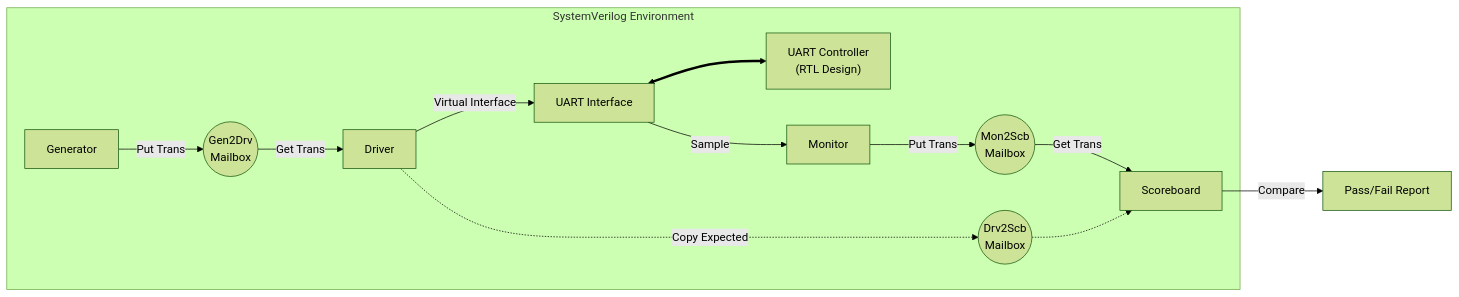
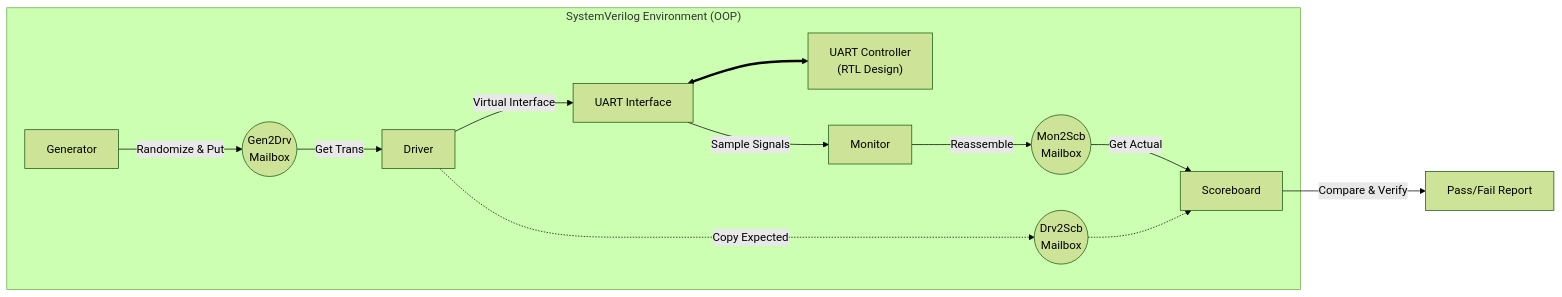
Before and after one commit to hyun1006/UART_Verification: the diagram in README.md, drawn with Mermaid (forest theme). The commit also changed other lines of this file, not shown here.

`````diff
--- a/README.md
+++ b/README.md
@@ -34,18 +38,18 @@
 ```mermaid
 graph LR
-    subgraph "SystemVerilog Environment"
-        GEN[Generator] -->|Put Trans| MBX1(("Gen2Drv<br>Mailbox"))
+    subgraph "SystemVerilog Environment (OOP)"
+        GEN[Generator] -->|Randomize & Put| MBX1(("Gen2Drv<br>Mailbox"))
         MBX1 -->|Get Trans| DRV[Driver]
         
         DRV -->|Virtual Interface| IF[UART Interface]
         IF <==> DUT["UART Controller<br>(RTL Design)"]
-        IF -->|Sample| MON[Monitor]
+        IF -->|Sample Signals| MON[Monitor]
         
-        MON -->|Put Trans| MBX2(("Mon2Scb<br>Mailbox"))
-        MBX2 -->|Get Trans| SCB[Scoreboard]
+        MON -->|Reassemble| MBX2(("Mon2Scb<br>Mailbox"))
+        MBX2 -->|Get Actual| SCB[Scoreboard]
         
         DRV -.->|Copy Expected| MBX3(("Drv2Scb<br>Mailbox")) -.-> SCB
     end
     
-    SCB -->|Compare| RESULT[Pass/Fail Report]
+    SCB -->|Compare & Verify| RESULT[Pass/Fail Report]
 ````
`````
